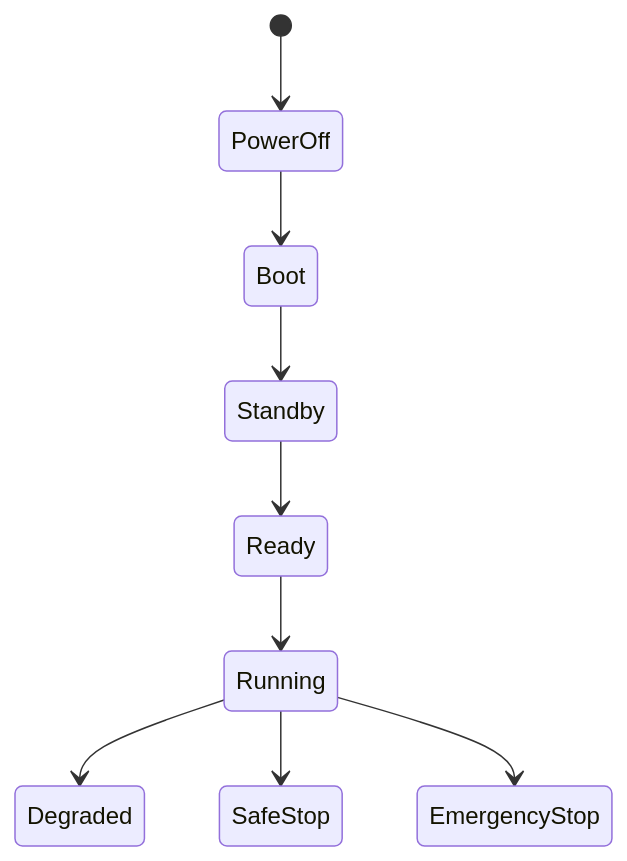
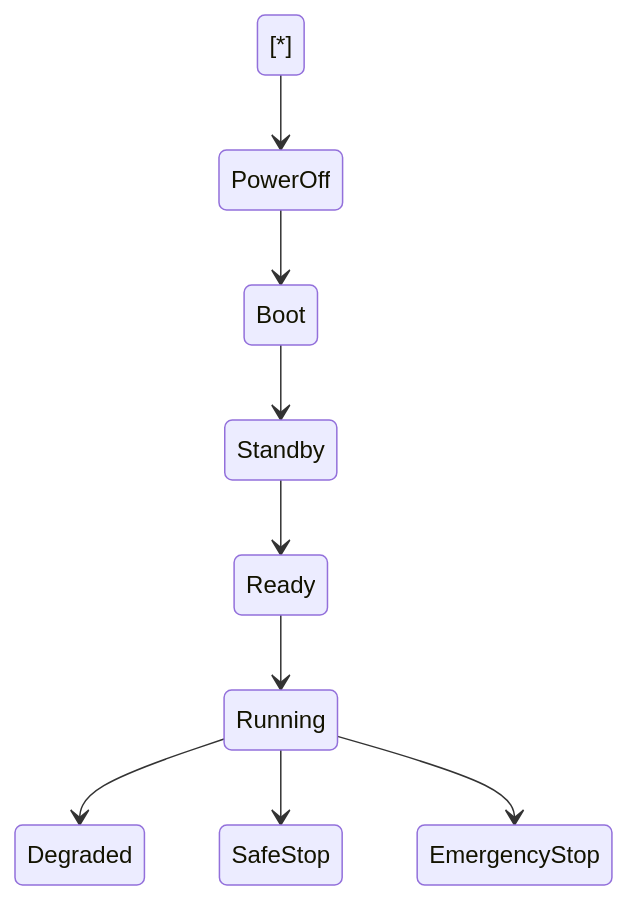
One commit to Packnman/ai-cpp-from-scratch changed the sixth of 6 diagrams in docs/design_system/spec/README.md. Above: the diagram before and after it, drawn with Mermaid. The commit also changed other lines of this file and 40 other files, not shown here.

````diff
--- a/docs/design_system/spec/README.md
+++ b/docs/design_system/spec/README.md
@@ -455,12 +379,11 @@
 ```mermaid
 stateDiagram-v2
-    [*] --> PowerOff
-    PowerOff --> Boot
-    Boot --> Standby
-    Standby --> Ready
-    Ready --> Running
-
-    Running --> Degraded
-    Running --> SafeStop
-    Running --> EmergencyStop
+    [\*] --> PowerOff
+    PowerOff --> Boot
+    Boot --> Standby
+    Standby --> Ready
+    Ready --> Running
+    Running --> Degraded
+    Running --> SafeStop
+    Running --> EmergencyStop
 ```
````
